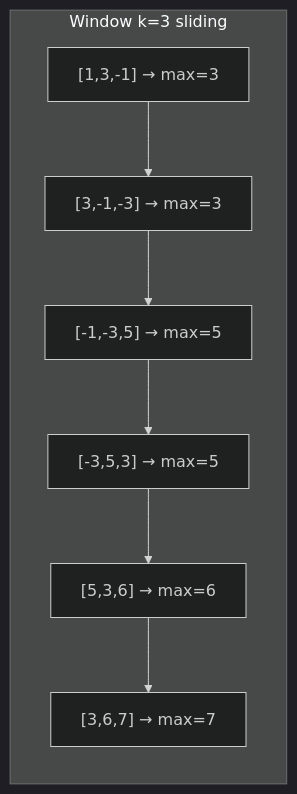
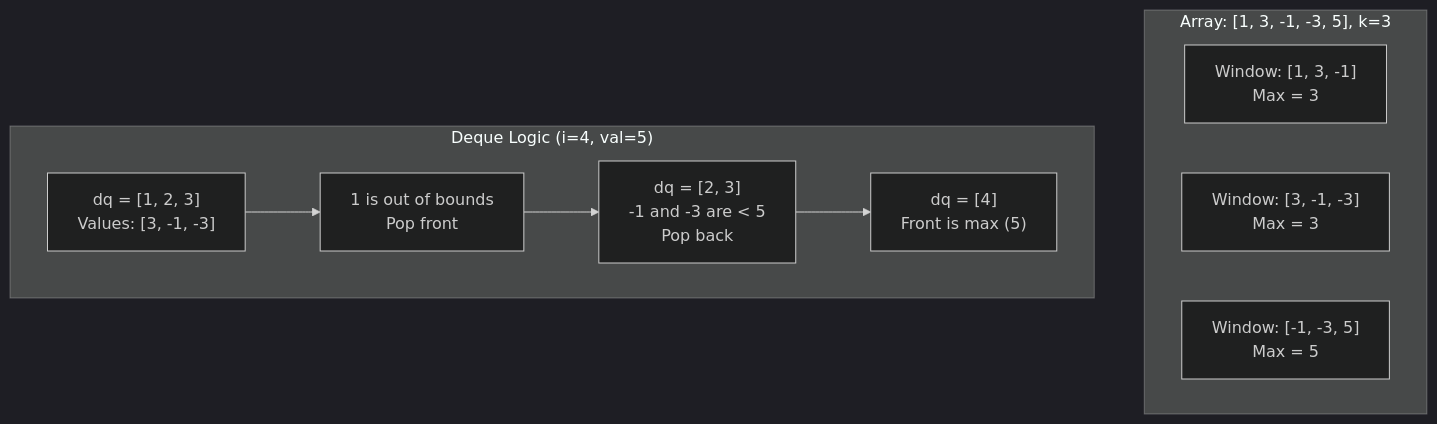
One commit to Hike-12/CCP changed the diagram in practical_exam/q15_sliding_window_max.md. Above: the diagram before and after it, drawn with Mermaid (dark theme). The commit also changed other lines of this file and 17 other files, not shown here.

````diff
--- a/practical_exam/q15_sliding_window_max.md
+++ b/practical_exam/q15_sliding_window_max.md
@@ -77,12 +97,14 @@
 ```mermaid
-graph LR
-    subgraph "Window k=3 sliding"
-    W1["[1,3,-1] → max=3"]
-    W2["[3,-1,-3] → max=3"]
-    W3["[-1,-3,5] → max=5"]
-    W4["[-3,5,3] → max=5"]
-    W5["[5,3,6] → max=6"]
-    W6["[3,6,7] → max=7"]
+graph TD
+    subgraph "Array: [1, 3, -1, -3, 5], k=3"
+    W1["Window: [1, 3, -1]<br>Max = 3"]
+    W2["Window: [3, -1, -3]<br>Max = 3"]
+    W3["Window: [-1, -3, 5]<br>Max = 5"]
     end
-    W1 --> W2 --> W3 --> W4 --> W5 --> W6
+    
+    subgraph "Deque Logic (i=4, val=5)"
+    D1["dq = [1, 2, 3]<br>Values: [3, -1, -3]"] --> D2["1 is out of bounds<br>Pop front"]
+    D2 --> D3["dq = [2, 3]<br>-1 and -3 are < 5<br>Pop back"]
+    D3 --> D4["dq = [4]<br>Front is max (5)"]
+    end
 ```
````
